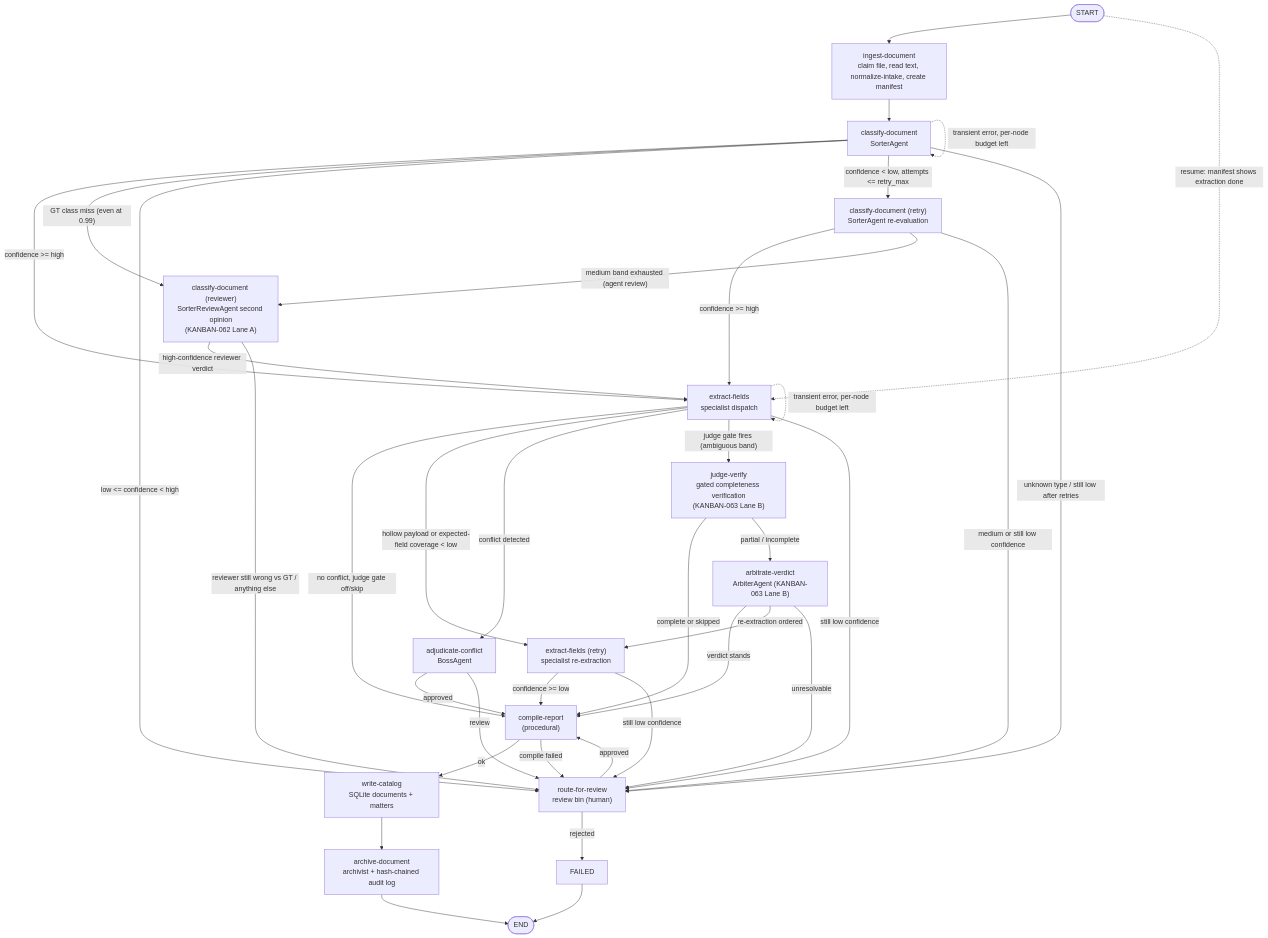
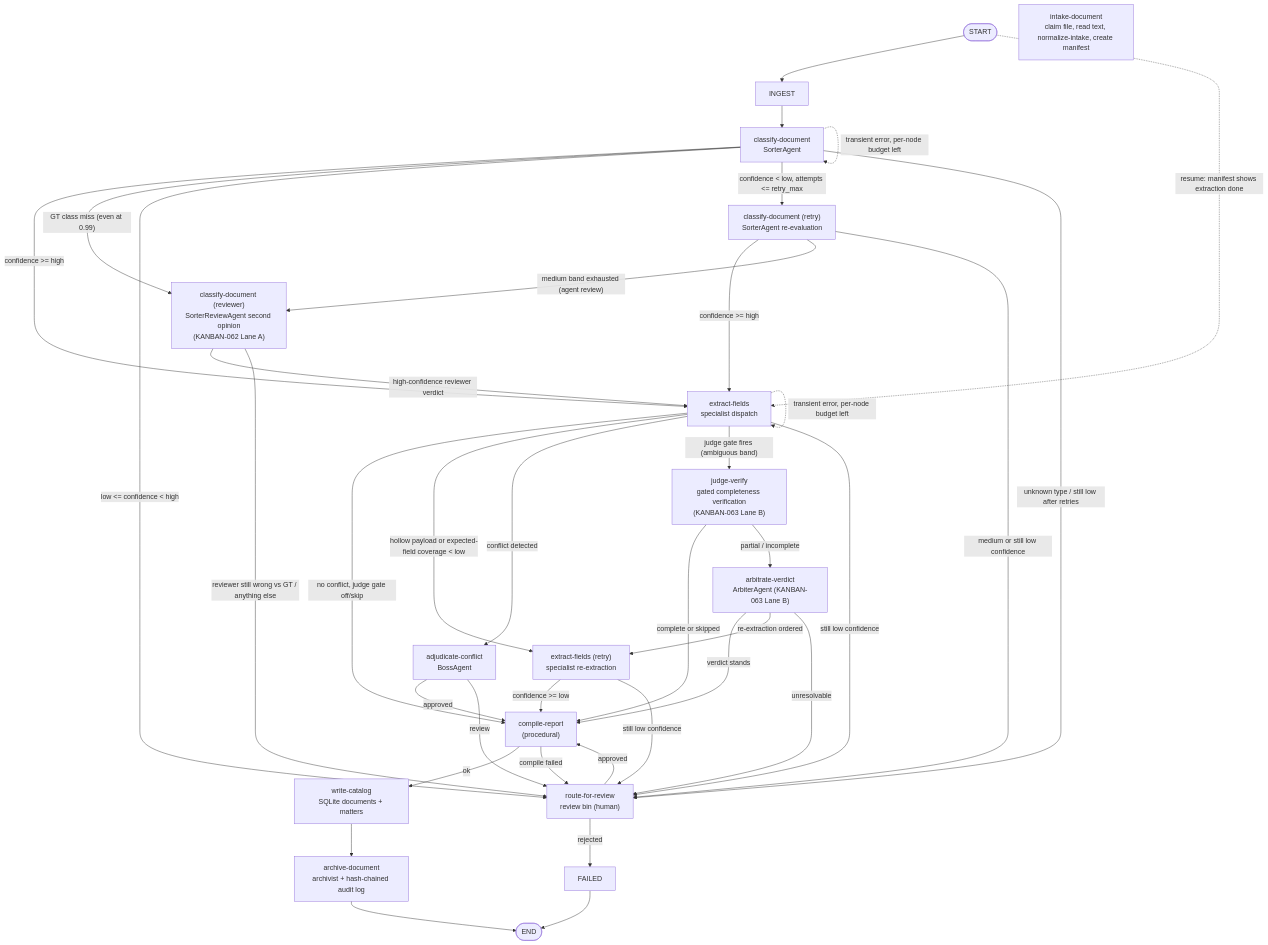
The first of 2 diagrams in docs/architecture.md (Exios66/llm-mailroom), drawn with Mermaid before and after one commit. The commit also changed other lines of this file and 13 other files, not shown here.

First line of the commit message:
RE: Ingest & Intake Agent Nomenclature Synthesis

````diff
--- a/docs/architecture.md
+++ b/docs/architecture.md
@@ -11,57 +11,57 @@
 ```mermaid
 flowchart TD
     START([START]) --> INGEST
     START -. "resume: manifest shows extraction done" .-> EXTRACT
 
-    INGEST["ingest-document<br/>claim file, read text, normalize-intake, create manifest"]
+    INTAKE["intake-document<br/>claim file, read text, normalize-intake, create manifest"]
     CLASSIFY["classify-document<br/>SorterAgent"]
     RETRY_CLASS["classify-document (retry)<br/>SorterAgent re-evaluation"]
     REVIEW_CLASS["classify-document (reviewer)<br/>SorterReviewAgent second opinion<br/>(KANBAN-062 Lane A)"]
     EXTRACT["extract-fields<br/>specialist dispatch"]
     RETRY_EXTRACT["extract-fields (retry)<br/>specialist re-extraction"]
     JUDGE["judge-verify<br/>gated completeness verification<br/>(KANBAN-063 Lane B)"]
     ARBITER["arbitrate-verdict<br/>ArbiterAgent (KANBAN-063 Lane B)"]
     BOSS["adjudicate-conflict<br/>BossAgent"]
     REVIEW["route-for-review<br/>review bin (human)"]
     REPORT["compile-report<br/>(procedural)"]
     CATALOG["write-catalog<br/>SQLite documents + matters"]
     ARCHIVE["archive-document<br/>archivist + hash-chained audit log"]
     FAILED["FAILED"]
     ENDX([END])
 
     INGEST --> CLASSIFY
 
     CLASSIFY -- "confidence >= high" --> EXTRACT
     CLASSIFY -- "GT class miss (even at 0.99)" --> REVIEW_CLASS
     CLASSIFY -- "low <= confidence < high" --> REVIEW
     CLASSIFY -- "confidence < low, attempts <= retry_max" --> RETRY_CLASS
     CLASSIFY -- "unknown type / still low after retries" --> REVIEW
     CLASSIFY -. "transient error, per-node budget left" .-> CLASSIFY
     RETRY_CLASS -- "confidence >= high" --> EXTRACT
     RETRY_CLASS -- "medium band exhausted (agent review)" --> REVIEW_CLASS
     RETRY_CLASS -- "medium or still low confidence" --> REVIEW
     REVIEW_CLASS -- "high-confidence reviewer verdict" --> EXTRACT
     REVIEW_CLASS -- "reviewer still wrong vs GT / anything else" --> REVIEW
 
     EXTRACT -- "no conflict, judge gate off/skip" --> REPORT
     EXTRACT -- "hollow payload or expected-field coverage < low" --> RETRY_EXTRACT
     EXTRACT -- "conflict detected" --> BOSS
     EXTRACT -- "judge gate fires (ambiguous band)" --> JUDGE
     EXTRACT -- "still low confidence" --> REVIEW
     EXTRACT -. "transient error, per-node budget left" .-> EXTRACT
     RETRY_EXTRACT -- "confidence >= low" --> REPORT
     RETRY_EXTRACT -- "still low confidence" --> REVIEW
 
     JUDGE -- "complete or skipped" --> REPORT
     JUDGE -- "partial / incomplete" --> ARBITER
     ARBITER -- "verdict stands" --> REPORT
     ARBITER -- "re-extraction ordered" --> RETRY_EXTRACT
     ARBITER -- "unresolvable" --> REVIEW
     BOSS -- "approved" --> REPORT
     BOSS -- "review" --> REVIEW
     REVIEW -- "approved" --> REPORT
     REVIEW -- "rejected" --> FAILED --> ENDX
 
     REPORT -- "ok" --> CATALOG --> ARCHIVE --> ENDX
     REPORT -- "compile failed" --> REVIEW
 ```
````
